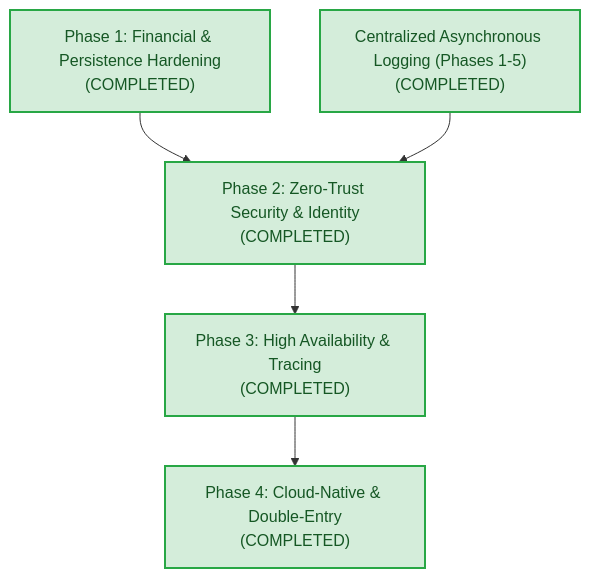
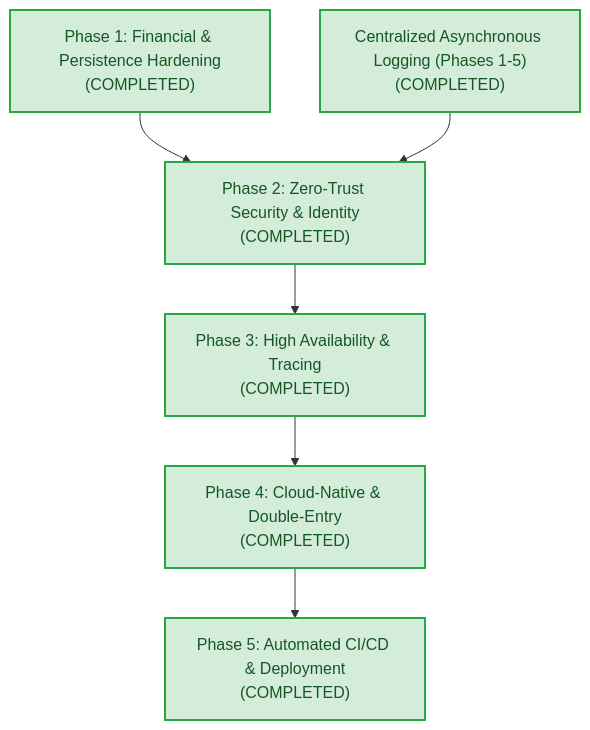
The sixth of 7 diagrams in README.md (bkojha74/global-wallet-microservices), drawn with Mermaid before and after one commit. The commit also changed other lines of this file, not shown here.

Commit message:
docs: document CI/CD pipeline architecture, workflows, and deployment guide in README

````diff
--- a/README.md
+++ b/README.md
@@ -410,15 +416,17 @@
 ```mermaid
 graph TD
     classDef completed fill:#d4edda,stroke:#28a745,stroke-width:2px,color:#155724;
 
     P1["Phase 1: Financial & Persistence Hardening<br/>(COMPLETED)"]:::completed
     L15["Centralized Asynchronous Logging (Phases 1-5)<br/>(COMPLETED)"]:::completed
     P2["Phase 2: Zero-Trust Security & Identity<br/>(COMPLETED)"]:::completed
     P3["Phase 3: High Availability & Tracing<br/>(COMPLETED)"]:::completed
     P4["Phase 4: Cloud-Native & Double-Entry<br/>(COMPLETED)"]:::completed
+    P5["Phase 5: Automated CI/CD & Deployment<br/>(COMPLETED)"]:::completed
 
     P1 --> P2
     L15 --> P2
     P2 --> P3
     P3 --> P4
+    P4 --> P5
 ```
````
